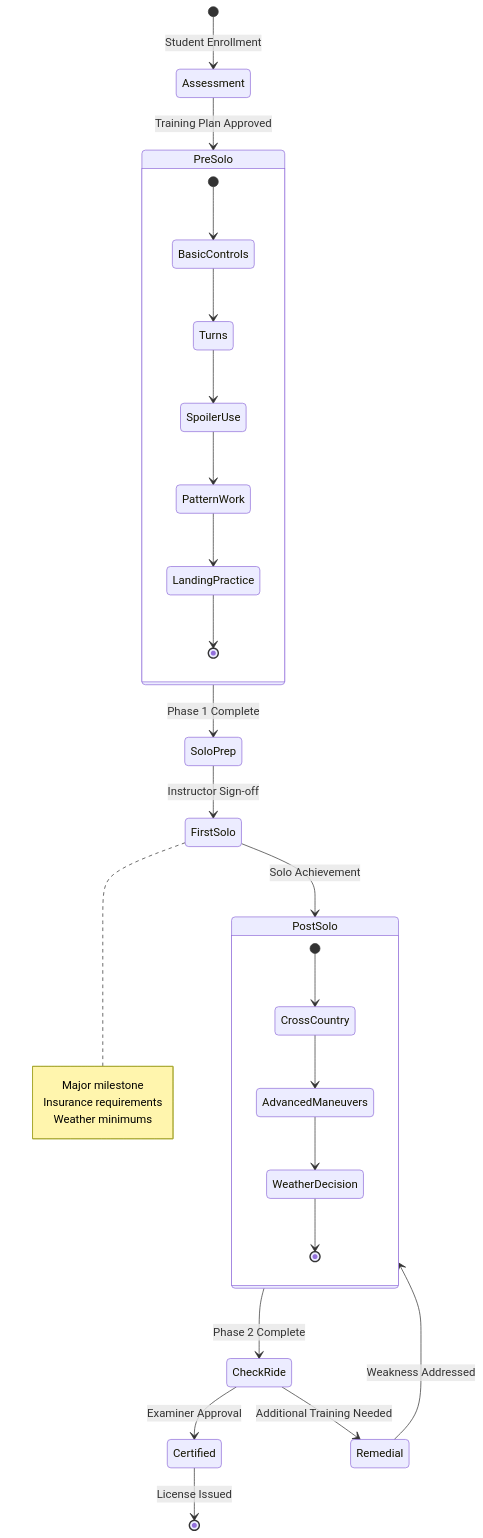
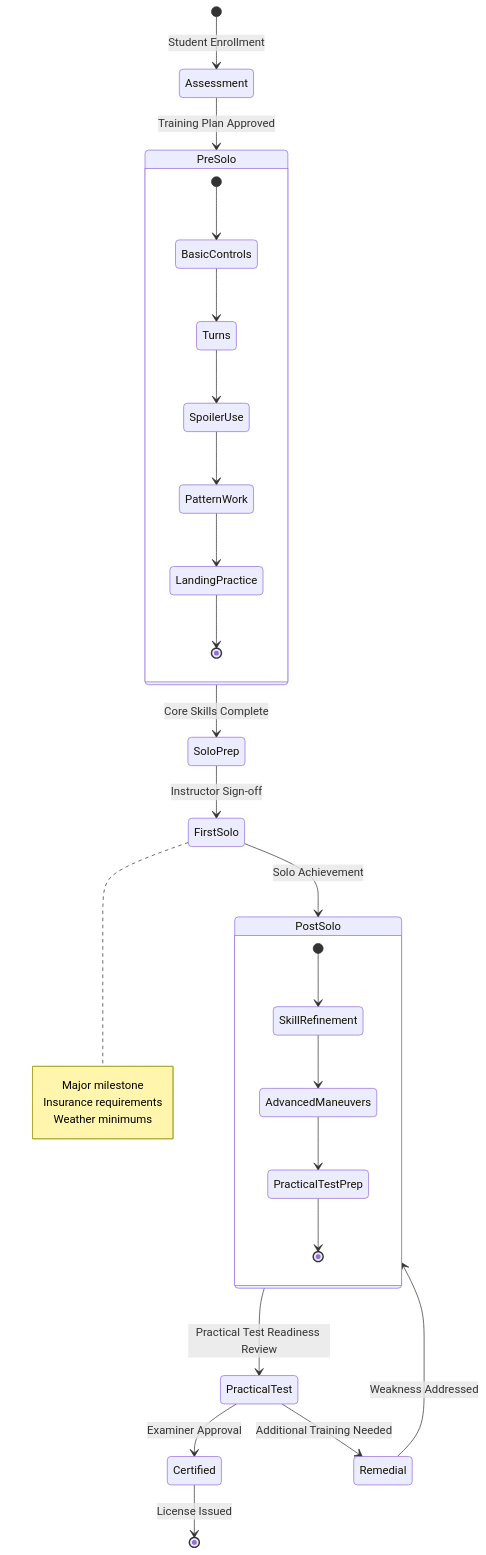
Before and after one commit to pietbarber/Manage2Soar: the third of 9 diagrams in docs/workflows/03-instruction-workflow.md, drawn with Mermaid. The commit also changed other lines of this file and 11 other files, not shown here.

````diff
--- a/docs/workflows/03-instruction-workflow.md
+++ b/docs/workflows/03-instruction-workflow.md
@@ -121,38 +121,38 @@
 ```mermaid
 stateDiagram-v2
     [*] --> Assessment: Student Enrollment
     Assessment --> PreSolo: Training Plan Approved
 
     state PreSolo {
         [*] --> BasicControls
         BasicControls --> Turns
         Turns --> SpoilerUse
         SpoilerUse --> PatternWork
         PatternWork --> LandingPractice
         LandingPractice --> [*]
     }
 
-    PreSolo --> SoloPrep: Phase 1 Complete
+    PreSolo --> SoloPrep: Core Skills Complete
     SoloPrep --> FirstSolo: Instructor Sign-off
     FirstSolo --> PostSolo: Solo Achievement
 
     state PostSolo {
-        [*] --> CrossCountry
-        CrossCountry --> AdvancedManeuvers
-        AdvancedManeuvers --> WeatherDecision
-        WeatherDecision --> [*]
+        [*] --> SkillRefinement
+        SkillRefinement --> AdvancedManeuvers
+        AdvancedManeuvers --> PracticalTestPrep
+        PracticalTestPrep --> [*]
     }
 
-    PostSolo --> CheckRide: Phase 2 Complete
-    CheckRide --> Certified: Examiner Approval
-    CheckRide --> Remedial: Additional Training Needed
+    PostSolo --> PracticalTest: Practical Test Readiness Review
+    PracticalTest --> Certified: Examiner Approval
+    PracticalTest --> Remedial: Additional Training Needed
     Remedial --> PostSolo: Weakness Addressed
 
     Certified --> [*]: License Issued
 
     note right of FirstSolo
         Major milestone
         Insurance requirements
         Weather minimums
     end note
 ```
````
